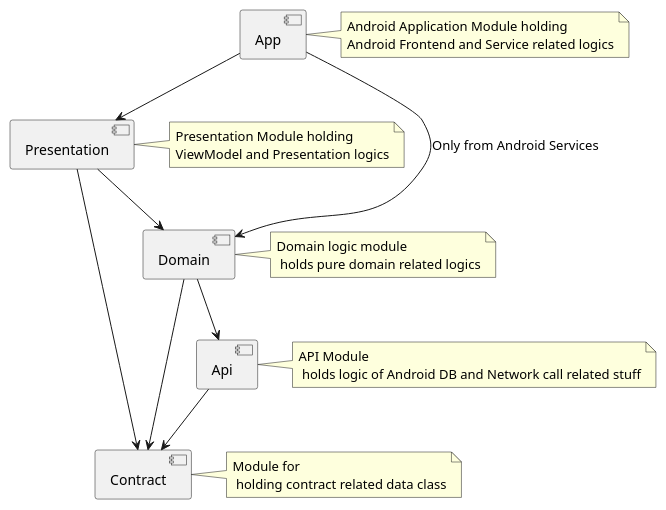
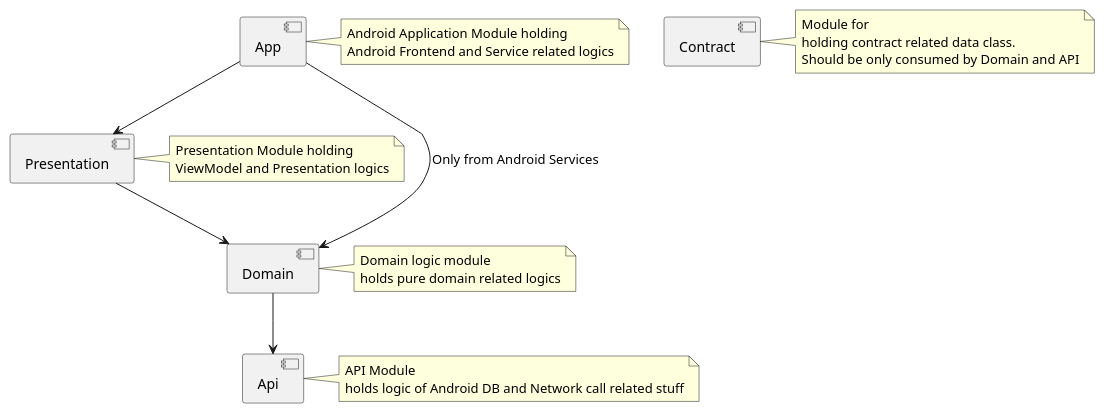
Before and after one commit to wealth-wave/Auto-Expense-Tracker: the diagram in module.puml, drawn with PlantUML. The commit also changed 3 other files, not shown here.

```diff
--- a/module.puml
+++ b/module.puml
@@ -1,26 +1,23 @@
 @startuml
 
 component App
 note right of App : Android Application Module holding\nAndroid Frontend and Service related logics
 
 component Presentation
 note right of Presentation: Presentation Module holding\nViewModel and Presentation logics
 
 component Domain
-note right of Domain: Domain logic module\n holds pure domain related logics
+note right of Domain: Domain logic module\nholds pure domain related logics
 
 component Api
-note right of Api: API Module\n holds logic of Android DB and Network call related stuff
+note right of Api: API Module\nholds logic of Android DB and Network call related stuff
 
 component Contract
-note right of Contract: Module for\n holding contract related data class
+note right of Contract: Module for\nholding contract related data class. \nShould be only consumed by Domain and API
 
 
 App --> Presentation
 Presentation --> Domain
 App --> Domain: Only from Android Services
 Domain --> Api
-Domain --> Contract
-Api --> Contract
-Presentation -> Contract
 @enduml
```
